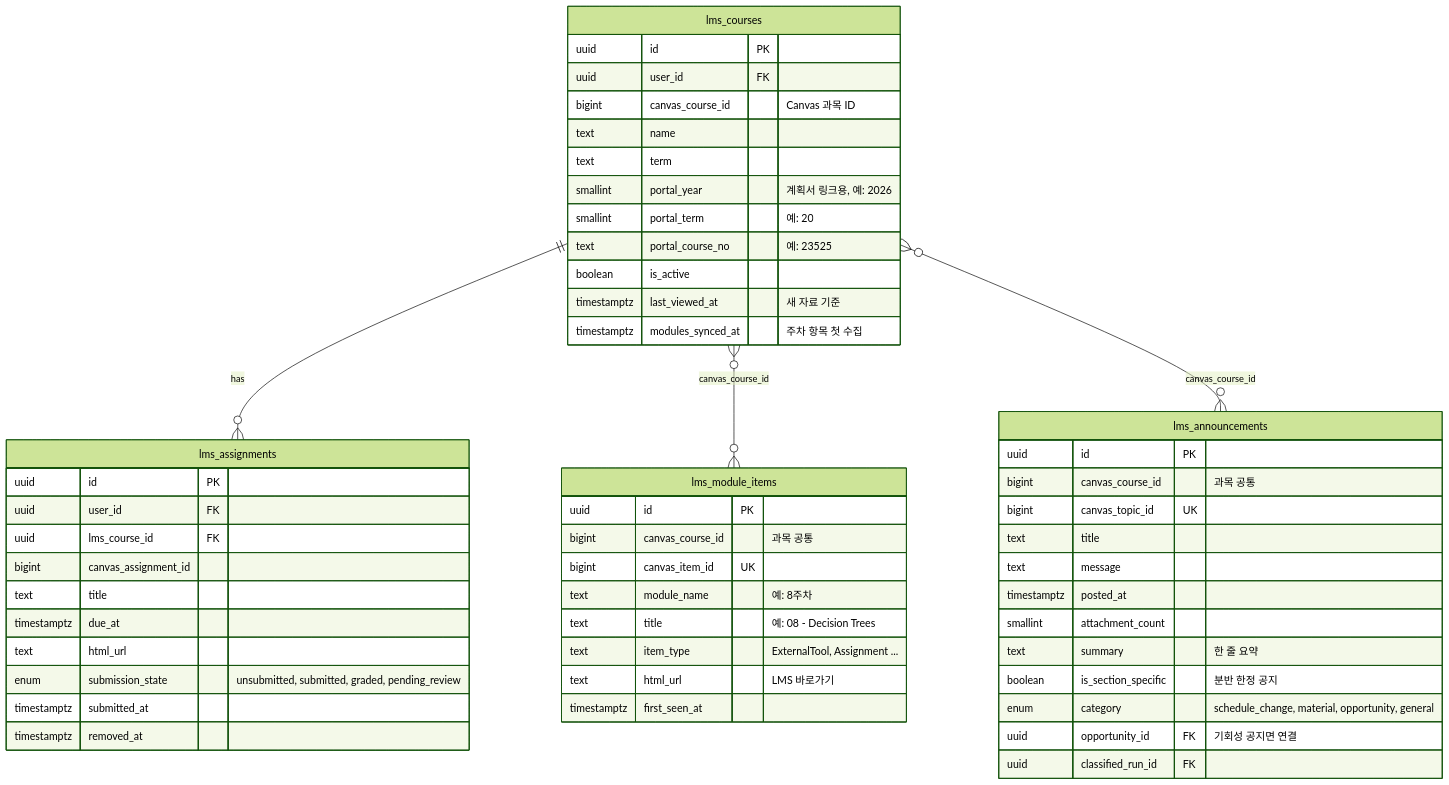
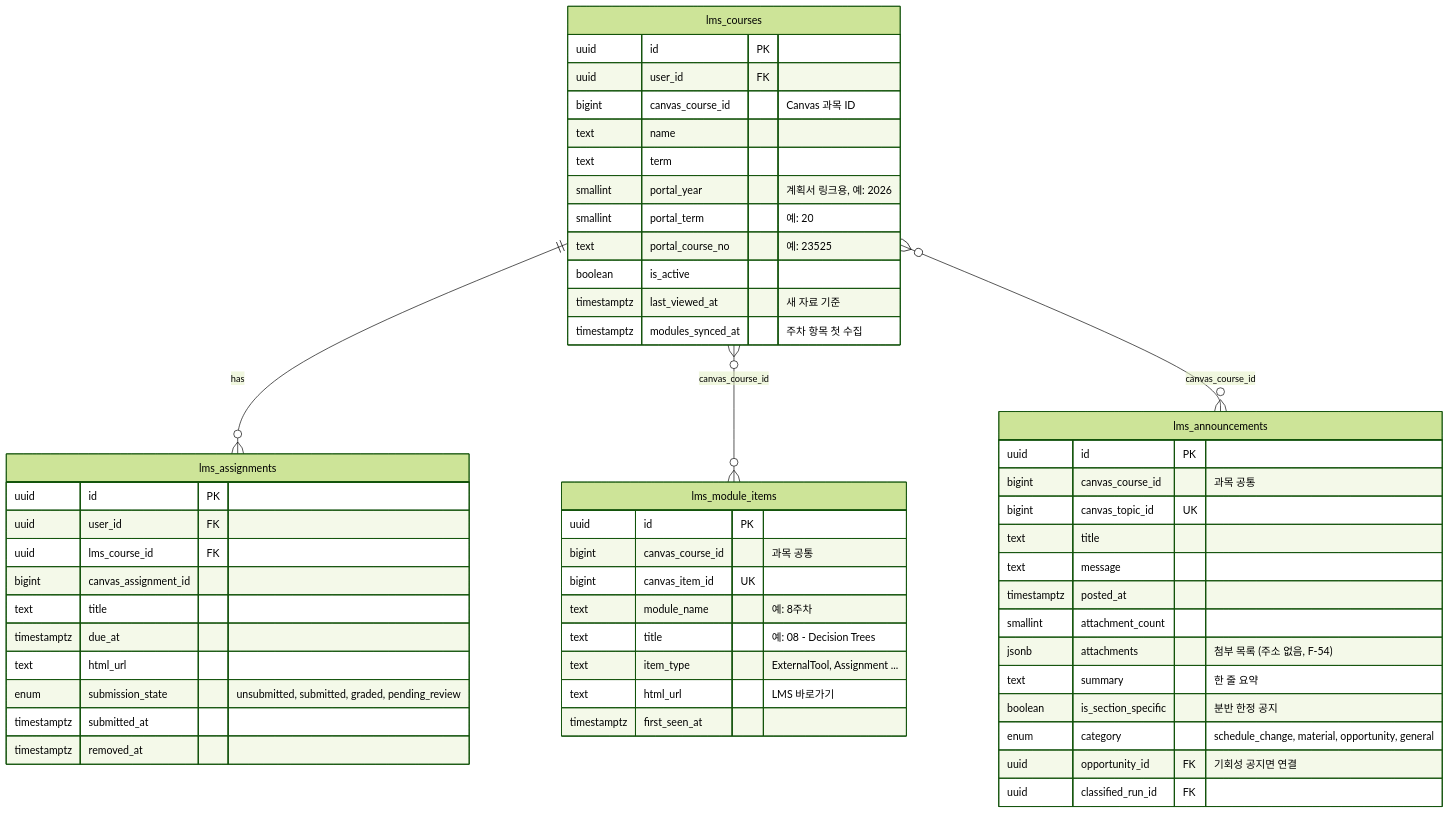
The third of 6 diagrams in docs/ERD_v0.9.md (Happy623623/Unipivot), drawn with Mermaid (forest theme) before and after one commit. The commit also changed other lines of this file and 30 other files, not shown here.

````diff
--- a/docs/ERD_v0.9.md
+++ b/docs/ERD_v0.9.md
@@ -210,55 +210,56 @@
 ```mermaid
 erDiagram
     lms_courses {
         uuid id PK
         uuid user_id FK
         bigint canvas_course_id "Canvas 과목 ID"
         text name
         text term
         smallint portal_year "계획서 링크용, 예: 2026"
         smallint portal_term "예: 20"
         text portal_course_no "예: 23525"
         boolean is_active
         timestamptz last_viewed_at "새 자료 기준"
         timestamptz modules_synced_at "주차 항목 첫 수집"
     }
     lms_assignments {
         uuid id PK
         uuid user_id FK
         uuid lms_course_id FK
         bigint canvas_assignment_id
         text title
         timestamptz due_at
         text html_url
         enum submission_state "unsubmitted, submitted, graded, pending_review"
         timestamptz submitted_at
         timestamptz removed_at
     }
     lms_module_items {
         uuid id PK
         bigint canvas_course_id "과목 공통"
         bigint canvas_item_id UK
         text module_name "예: 8주차"
         text title "예: 08 - Decision Trees"
         text item_type "ExternalTool, Assignment ..."
         text html_url "LMS 바로가기"
         timestamptz first_seen_at
     }
     lms_announcements {
         uuid id PK
         bigint canvas_course_id "과목 공통"
         bigint canvas_topic_id UK
         text title
         text message
         timestamptz posted_at
         smallint attachment_count
+        jsonb attachments "첨부 목록 (주소 없음, F-54)"
         text summary "한 줄 요약"
         boolean is_section_specific "분반 한정 공지"
         enum category "schedule_change, material, opportunity, general"
         uuid opportunity_id FK "기회성 공지면 연결"
         uuid classified_run_id FK
     }
     lms_courses ||--o{ lms_assignments : "has"
     lms_courses }o--o{ lms_module_items : "canvas_course_id"
     lms_courses }o--o{ lms_announcements : "canvas_course_id"
 ```
````
